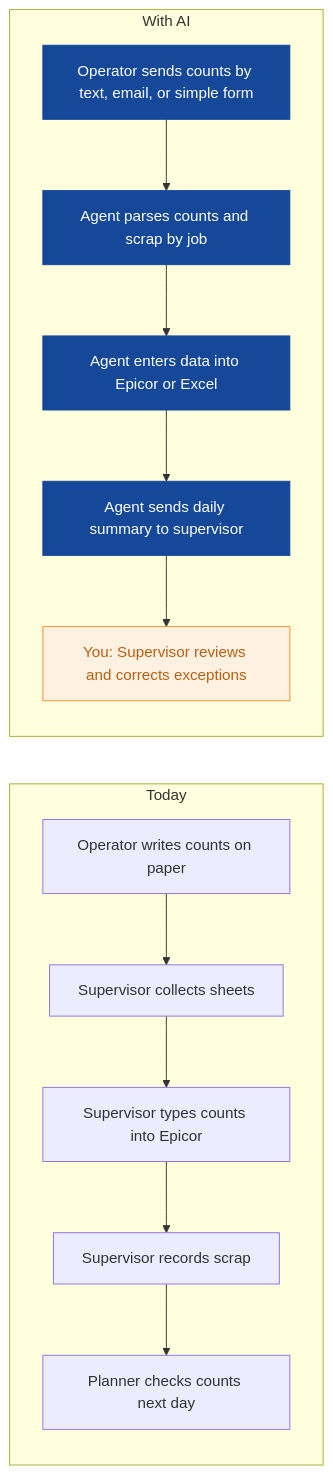
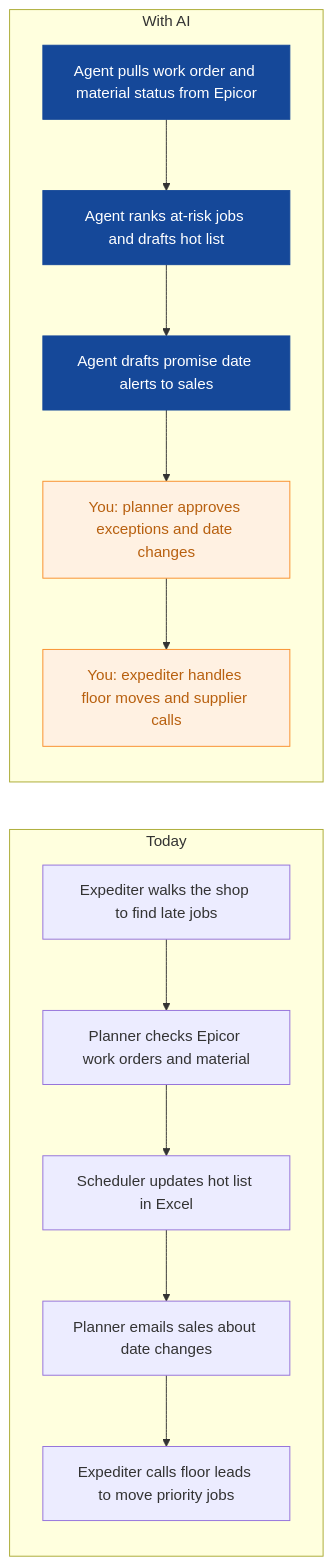
One commit to nexibeo/Complete-AI-Strategy changed the third of 9 diagrams in strategies/ironleaf-manufacturing.md. Above: the diagram before and after it, drawn with Mermaid. The commit also changed other lines of this file and 26 other files, not shown here.

````diff
--- a/strategies/ironleaf-manufacturing.md
+++ b/strategies/ironleaf-manufacturing.md
@@ -108,23 +112,23 @@
 ```mermaid
 flowchart LR
   subgraph Today
-    B0["Operator writes counts on paper"]
-    B1["Supervisor collects sheets"]
-    B2["Supervisor types counts into Epicor"]
-    B3["Supervisor records scrap"]
-    B4["Planner checks counts next day"]
+    B0["Expediter walks the shop to find late jobs"]
+    B1["Planner checks Epicor work orders and material"]
+    B2["Scheduler updates hot list in Excel"]
+    B3["Planner emails sales about date changes"]
+    B4["Expediter calls floor leads to move priority jobs"]
     B0 --> B1 --> B2 --> B3 --> B4
   end
   subgraph WithAI[With AI]
-    A0["Operator sends counts by text, email, or simple form"]
-    A1["Agent parses counts and scrap by job"]
-    A2["Agent enters data into Epicor or Excel"]
-    A3["Agent sends daily summary to supervisor"]
-    A4["You: Supervisor reviews and corrects exceptions"]
+    A0["Agent pulls work order and material status from Epicor"]
+    A1["Agent ranks at-risk jobs and drafts hot list"]
+    A2["Agent drafts promise date alerts to sales"]
+    A3["You: planner approves exceptions and date changes"]
+    A4["You: expediter handles floor moves and supplier calls"]
     A0 --> A1 --> A2 --> A3 --> A4
   end
   classDef ai fill:#154899,color:#fff,stroke:#154899
   classDef human fill:#FFF1E2,color:#B8600F,stroke:#F98F2C
-  class A0,A1,A2,A3 ai
-  class A4 human
+  class A0,A1,A2 ai
+  class A3,A4 human
 ```
````
